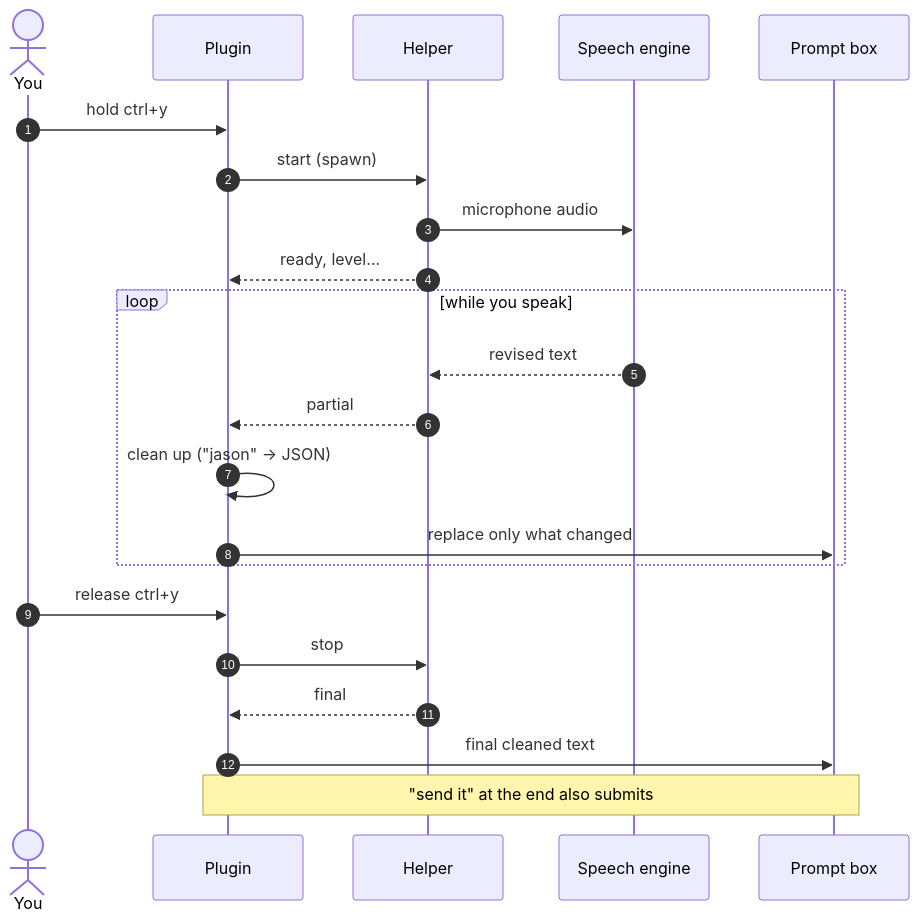
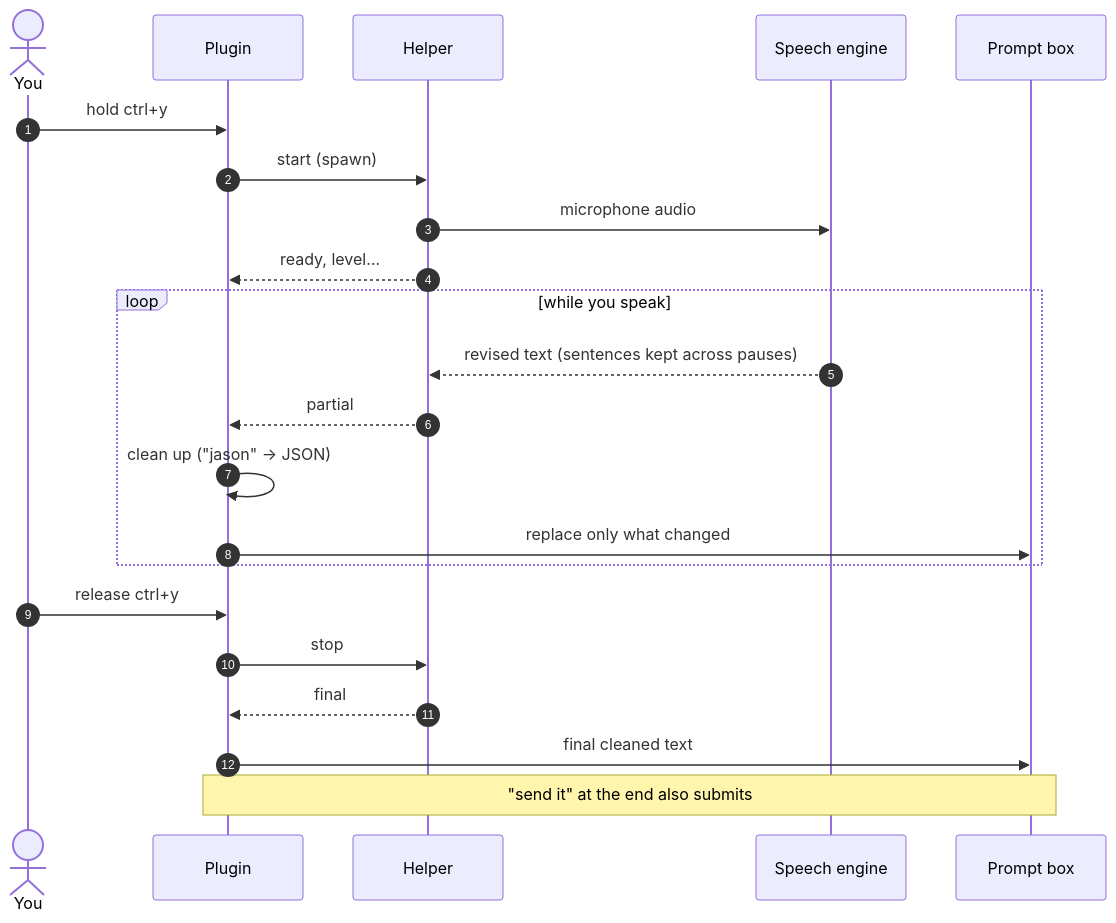
The second of 2 diagrams in README.md (batuhansk/opencode-talk), drawn with Mermaid before and after one commit. The commit also changed other lines of this file, not shown here.

Commit message:
docs: README features, limitations, languages, helper commands, architecture updates

````diff
--- a/README.md
+++ b/README.md
@@ -316,25 +346,25 @@
 ```mermaid
 sequenceDiagram
   autonumber
   actor You
   participant P as Plugin
   participant H as Helper
   participant M as Speech engine
   participant B as Prompt box
 
   You->>P: hold ctrl+y
   P->>H: start (spawn)
   H->>M: microphone audio
   H-->>P: ready, level…
   loop while you speak
-    M-->>H: revised text
+    M-->>H: revised text (sentences kept across pauses)
     H-->>P: partial
     P->>P: clean up ("jason" → JSON)
     P->>B: replace only what changed
   end
   You->>P: release ctrl+y
   P->>H: stop
   H-->>P: final
   P->>B: final cleaned text
   Note over P,B: "send it" at the end also submits
 ```
````
